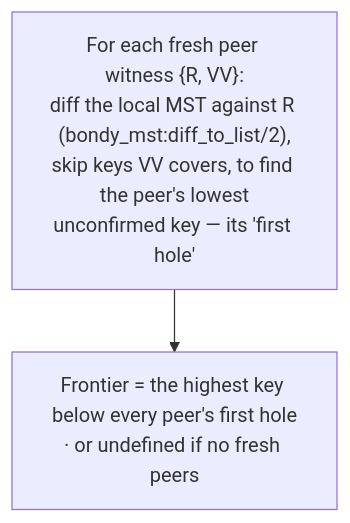
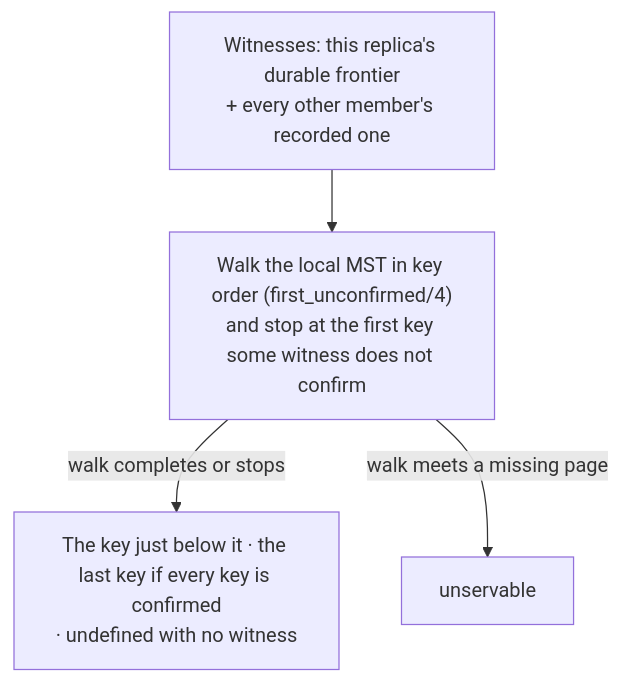
The third of 15 diagrams in apps/bondy_db/doc_extras/architecture/06_compaction_and_bootstrap.md (bondy-io/bondy), drawn with Mermaid before and after one commit. The commit also changed other lines of this file and 449 other files, not shown here.

````diff
--- a/apps/bondy_db/doc_extras/architecture/06_compaction_and_bootstrap.md
+++ b/apps/bondy_db/doc_extras/architecture/06_compaction_and_bootstrap.md
@@ -121,7 +150,11 @@
 ```mermaid
 flowchart TB
-    P["For each fresh peer witness {R, VV}:<br/>diff the local MST against R (bondy_mst:diff_to_list/2),<br/>skip keys VV covers, to find the peer's lowest<br/>unconfirmed key — its 'first hole'"]
-    F["Frontier = the highest key below every peer's first hole<br/>· or undefined if no fresh peers"]
+    W["Witnesses: this replica's durable frontier<br/>+ every other member's recorded one"]
+    P["Walk the local MST in key order (first_unconfirmed/4)<br/>and stop at the first key some witness does not confirm"]
+    F["The key just below it · the last key if every key is confirmed<br/>· undefined with no witness"]
+    U["unservable"]
 
-    P --> F
+    W --> P
+    P -->|walk completes or stops| F
+    P -->|walk meets a missing page| U
 ```
````
